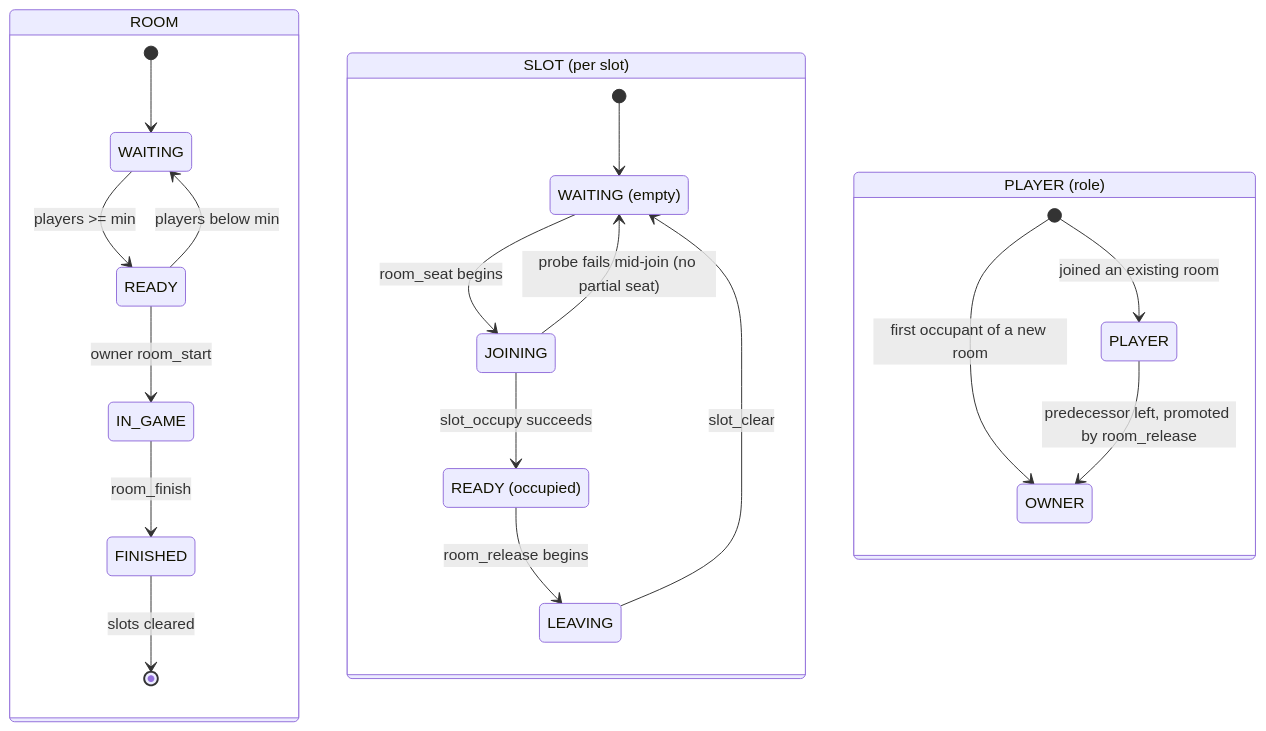
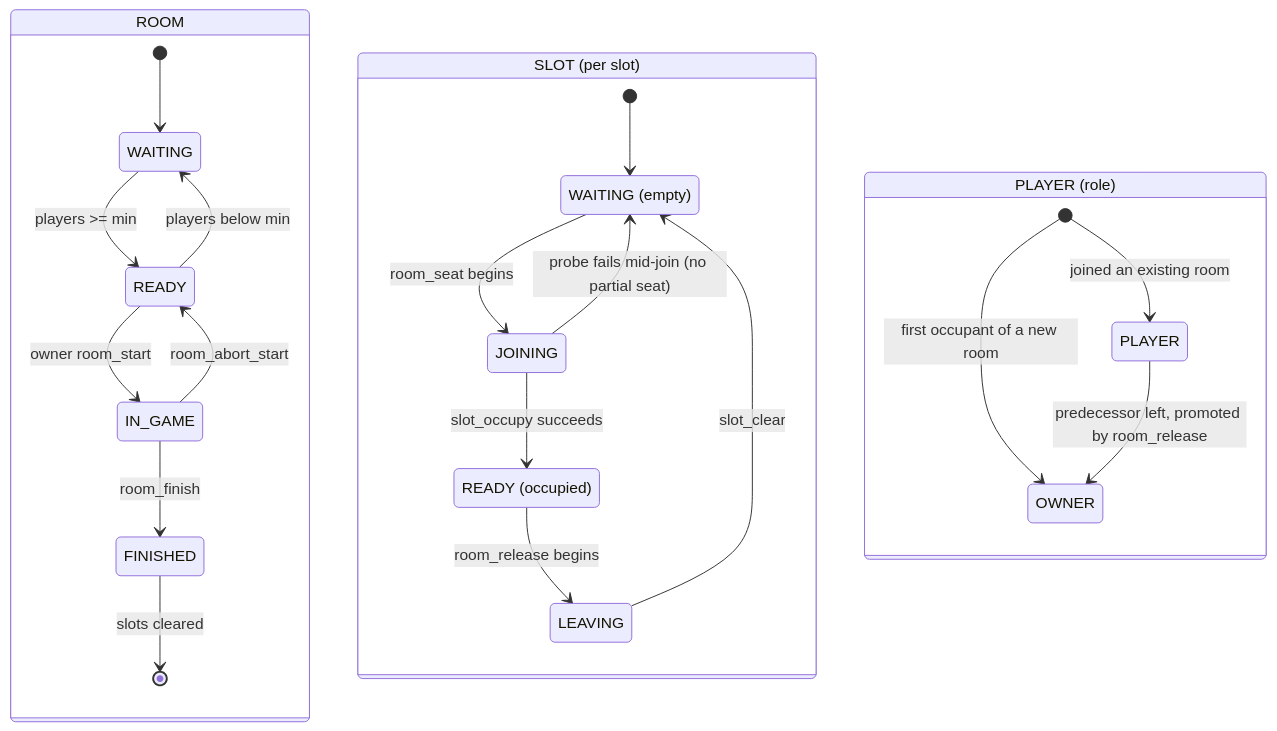
Before and after one commit to ziqiqiiii/tetriSH: the diagram in lib/libtetrisroom/README.md, drawn with Mermaid. The commit also changed other lines of this file, not shown here.

Commit message:
feat: add room_abort_start function and update state diagram in README

````diff
--- a/lib/libtetrisroom/README.md
+++ b/lib/libtetrisroom/README.md
@@ -82,41 +82,42 @@
 ```mermaid
 stateDiagram-v2
     direction TB
 
     state "ROOM" as ROOM {
         [*] --> R_WAITING
         state "WAITING" as R_WAITING
         state "READY" as R_READY
         state "IN_GAME" as R_IN_GAME
         state "FINISHED" as R_FINISHED
 
         R_WAITING --> R_READY : players >= min
         R_READY --> R_WAITING : players below min
         R_READY --> R_IN_GAME : owner room_start
+        R_IN_GAME --> R_READY : room_abort_start
         R_IN_GAME --> R_FINISHED : room_finish
         R_FINISHED --> [*] : slots cleared
     }
 
     state "SLOT (per slot)" as SLOT {
         [*] --> S_WAITING
         state "WAITING (empty)" as S_WAITING
         state "JOINING" as S_JOINING
         state "READY (occupied)" as S_READY
         state "LEAVING" as S_LEAVING
 
         S_WAITING --> S_JOINING : room_seat begins
         S_JOINING --> S_READY : slot_occupy succeeds
         S_JOINING --> S_WAITING : probe fails mid-join (no partial seat)
         S_READY --> S_LEAVING : room_release begins
         S_LEAVING --> S_WAITING : slot_clear
     }
 
     state "PLAYER (role)" as PLAYER {
         state "OWNER" as P_OWNER
         state "PLAYER" as P_PLAYER
 
         [*] --> P_OWNER : first occupant of a new room
         [*] --> P_PLAYER : joined an existing room
         P_PLAYER --> P_OWNER : predecessor left, promoted by room_release
     }
 ```
````
